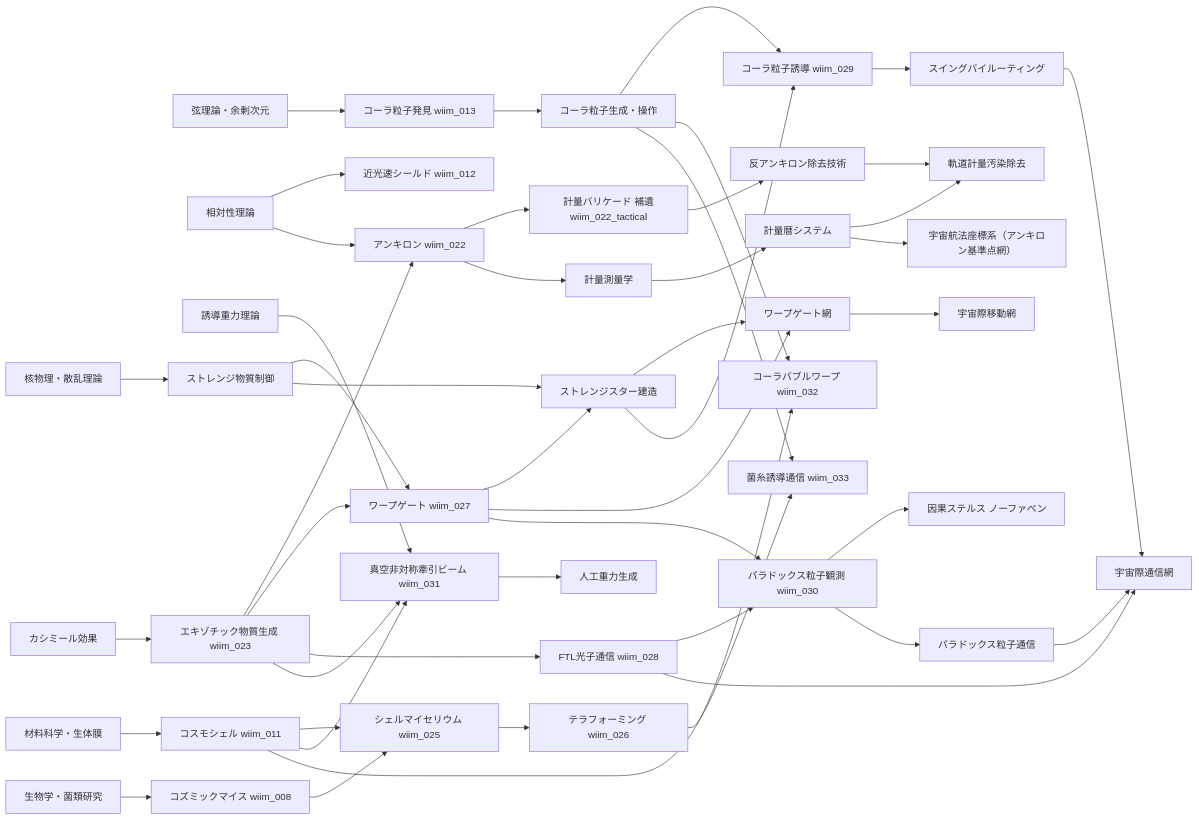
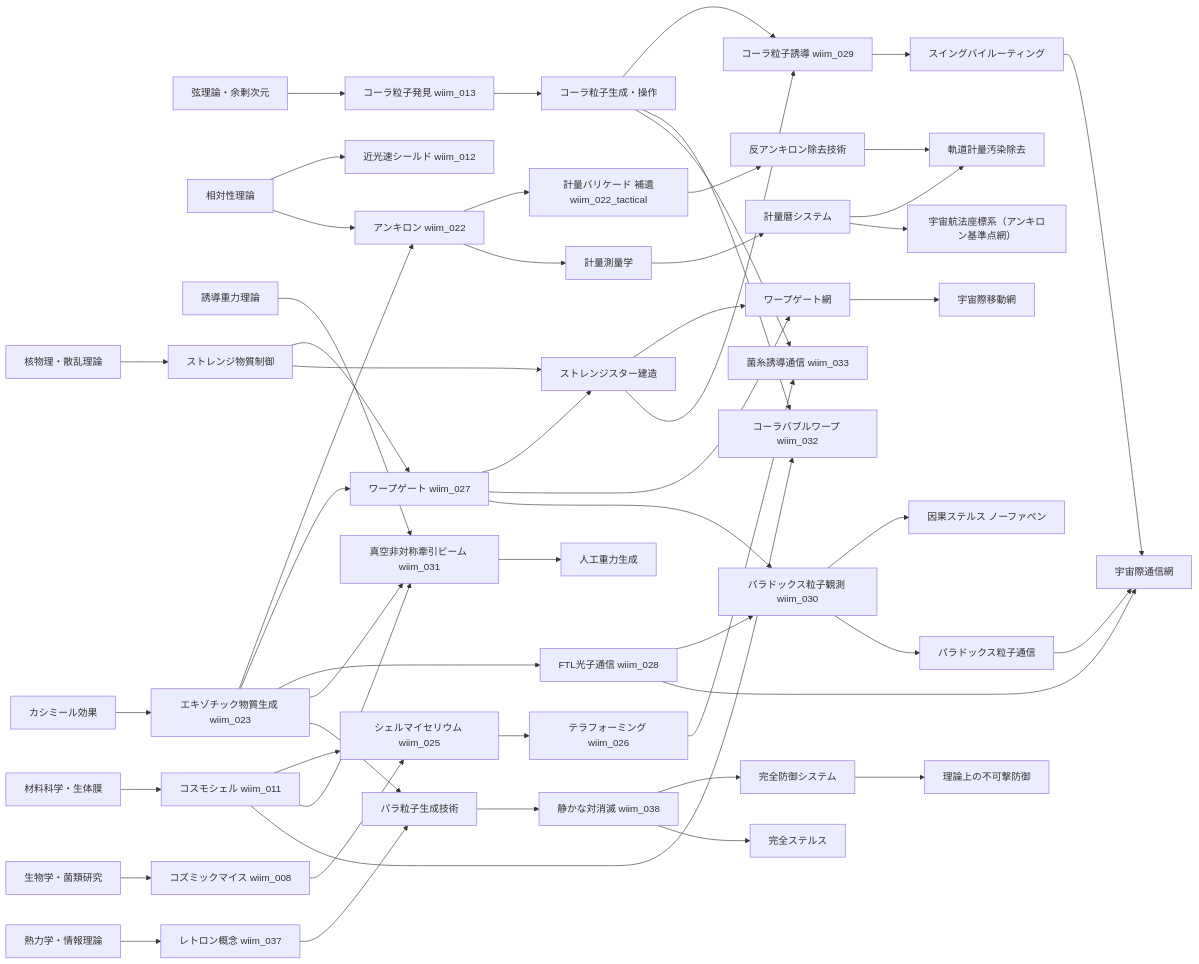
The first of 5 diagrams in docs/notes/tech_tree.md (theronium/WhatIfImpossible), drawn with Mermaid before and after one commit. The commit also changed other lines of this file and 8 other files, not shown here.

````diff
--- a/docs/notes/tech_tree.md
+++ b/docs/notes/tech_tree.md
@@ -16,60 +16,69 @@
 ```mermaid
 flowchart LR
     C0A[カシミール効果]
     C0B[弦理論・余剰次元]
     C0C[核物理・散乱理論]
     C0D[生物学・菌類研究]
     C0E[相対性理論]
     C0F[材料科学・生体膜]
     C0G[誘導重力理論]
+    C0H[熱力学・情報理論]
 
     C0A --> T1A[エキゾチック物質生成 wiim_023]
     C0B --> T1B[コーラ粒子発見 wiim_013]
     C0F --> T1C[コスモシェル wiim_011]
     C0C --> T1D[ストレンジ物質制御]
     C0D --> T1E[コズミックマイス wiim_008]
     C0E --> T2F[近光速シールド wiim_012]
     C0E --> T1F[アンキロン wiim_022]
     T1A --> T1F
     C0G --> T2G[真空非対称牽引ビーム wiim_031]
 
     T1A --> T2A[ワープゲート wiim_027]
     T1A --> T2B[FTL光子通信 wiim_028]
     T1A --> T2G
     T1B --> T2C[コーラ粒子生成・操作]
     T1C --> T2E[シェルマイセリウム wiim_025]
     T1C --> T2G
     T1D --> T2A
     T1D --> T2D[ストレンジスター建造]
     T1E --> T2E
 
     T2A --> T2D
     T2A --> T3A[ワープゲート網]
     T2A --> T2H[パラドックス粒子観測 wiim_030]
     T2B --> T2H
     T2C --> T3B[コーラ粒子誘導 wiim_029]
     T2C --> T3I[コーラバブルワープ wiim_032]
     T1C --> T3I
     T2D --> T3A
     T2D --> T3B
     T2E --> T3C[テラフォーミング wiim_026]
     T2C --> T3H[菌糸誘導通信 wiim_033]
     T3C --> T3H
     T2G --> T3E[人工重力生成]
     T2H --> T3F[因果ステルス ノーファペン]
     T2H --> T3G[パラドックス粒子通信]
 
     T3B --> T3D[スイングバイルーティング]
     T3D --> T4B[宇宙際通信網]
     T3A --> T4A[宇宙際移動網]
     T2B --> T4B
     T3G --> T4B
 
+    C0H --> T1G[レトロン概念 wiim_037]
+    T1A --> T1H[パラ粒子生成技術]
+    T1G --> T1H
+    T1H --> T2N[静かな対消滅 wiim_038]
+    T2N --> T3M[完全防御システム]
+    T2N --> T3N[完全ステルス]
+    T3M --> T4D[理論上の不可撃防御]
+
     T1F --> T2K[計量バリケード 補遺wiim_022_tactical]
     T1F --> T2L[計量測量学]
     T2K --> T2M[反アンキロン除去技術]
     T2L --> T3K[計量暦システム]
     T2M --> T3L[軌道計量汚染除去]
     T3K --> T3L
     T3K --> T4C[宇宙航法座標系（アンキロン基準点網）]
 ```
````
